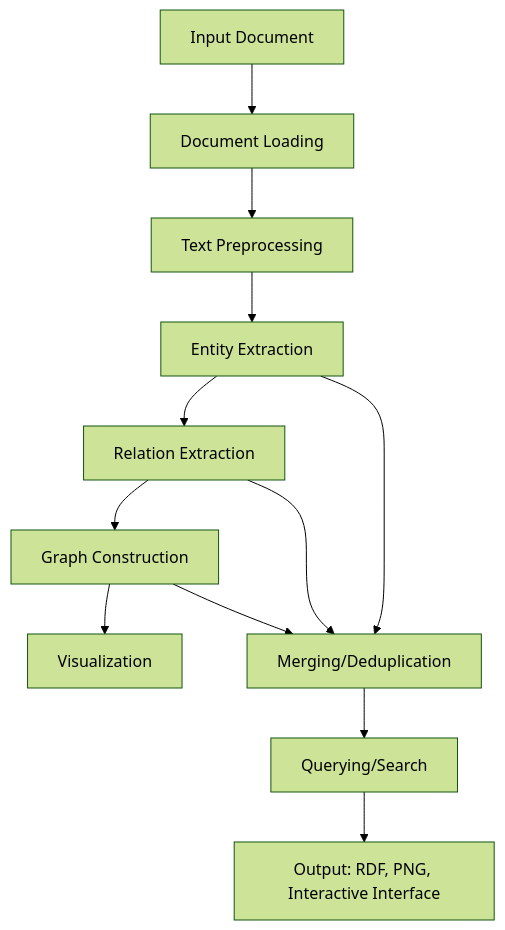
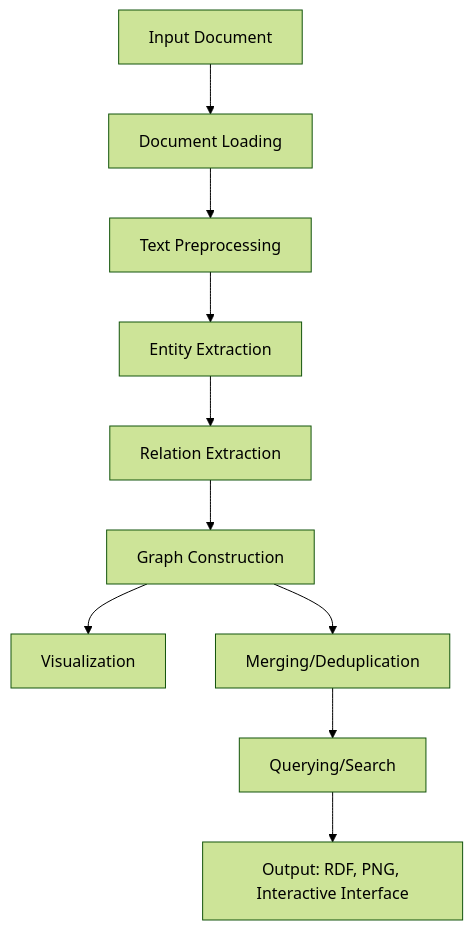
Before and after one commit to JuanToanXoup/Knowledge-Graph-using-RDF-LLM: the diagram in README.md, drawn with Mermaid (forest theme). The commit also changed other lines of this file and 117 other files, not shown here.

````diff
--- a/README.md
+++ b/README.md
@@ -131,14 +31,12 @@
 ```mermaid
 graph TD
     A[Input Document] --> B[Document Loading]
     B --> C[Text Preprocessing]
     C --> D[Entity Extraction]
     D --> E[Relation Extraction]
     E --> F[Graph Construction]
     F --> G[Visualization]
     F --> H[Merging/Deduplication]
     H --> I[Querying/Search]
     I --> J[Output: RDF, PNG, Interactive Interface]
-    D --> H
-    E --> H
 ```
````
